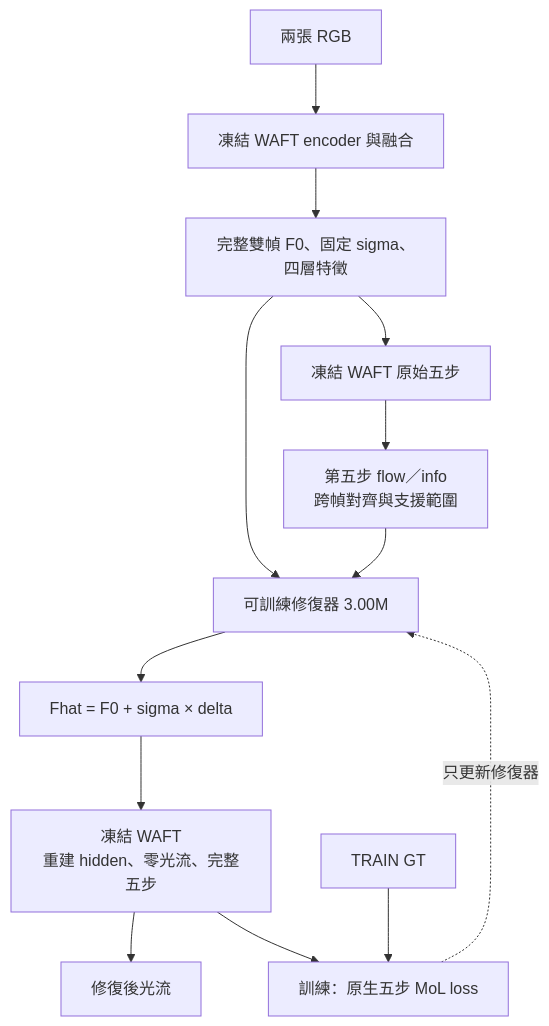
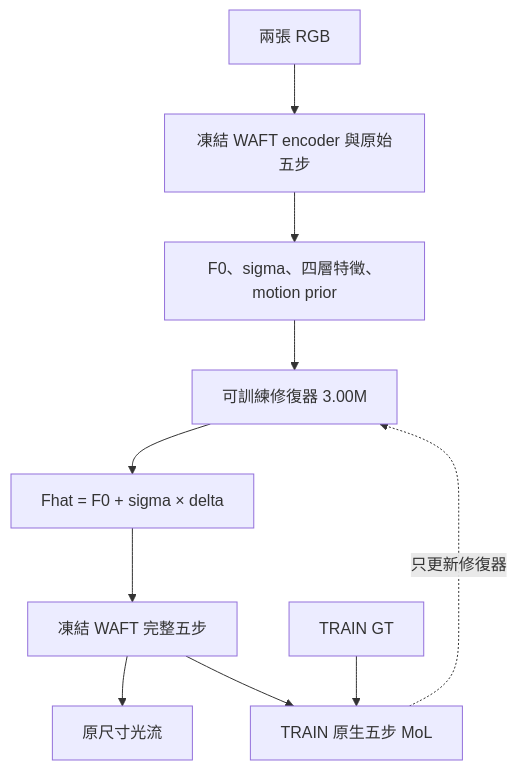
Before and after one commit to cactus8603/roco_main: the diagram in README.md, drawn with Mermaid. The commit also changed other lines of this file and 20 other files, not shown here.

````diff
--- a/README.md
+++ b/README.md
@@ -10,15 +7,12 @@
 ```mermaid
 flowchart TD
-    rgb[兩張 RGB] --> prefix[凍結 WAFT encoder 與融合]
-    prefix --> features[完整雙幀 F0、固定 sigma、四層特徵]
-    features --> baseline[凍結 WAFT 原始五步]
-    baseline --> prior[第五步 flow／info<br/>跨幀對齊與支援範圍]
-    features --> repair[可訓練修復器 3.00M]
-    prior --> repair
-    repair --> repaired[Fhat = F0 + sigma × delta]
-    repaired --> consumer[凍結 WAFT<br/>重建 hidden、零光流、完整五步]
-    consumer --> flow[修復後光流]
-    consumer --> loss[訓練：原生五步 MoL loss]
-    gt[TRAIN GT] --> loss
-    loss -. 只更新修復器 .-> repair
+    RGB[兩張 RGB] --> WAFT[凍結 WAFT encoder 與原始五步]
+    WAFT --> Inputs[F0、sigma、四層特徵、motion prior]
+    Inputs --> R[可訓練修復器 3.00M]
+    R --> Fhat[Fhat = F0 + sigma × delta]
+    Fhat --> Consumer[凍結 WAFT 完整五步]
+    Consumer --> Flow[原尺寸光流]
+    Consumer --> Loss[TRAIN 原生五步 MoL]
+    GT[TRAIN GT] --> Loss
+    Loss -. 只更新修復器 .-> R
 ```
````
